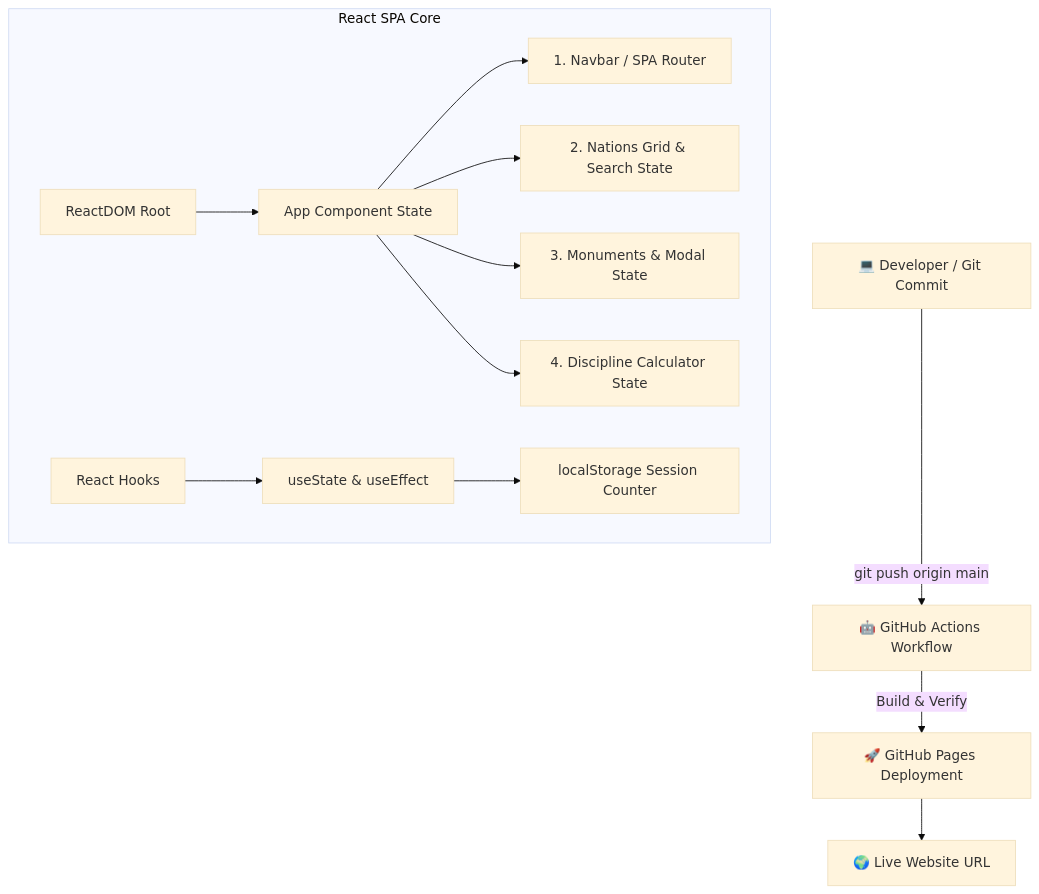
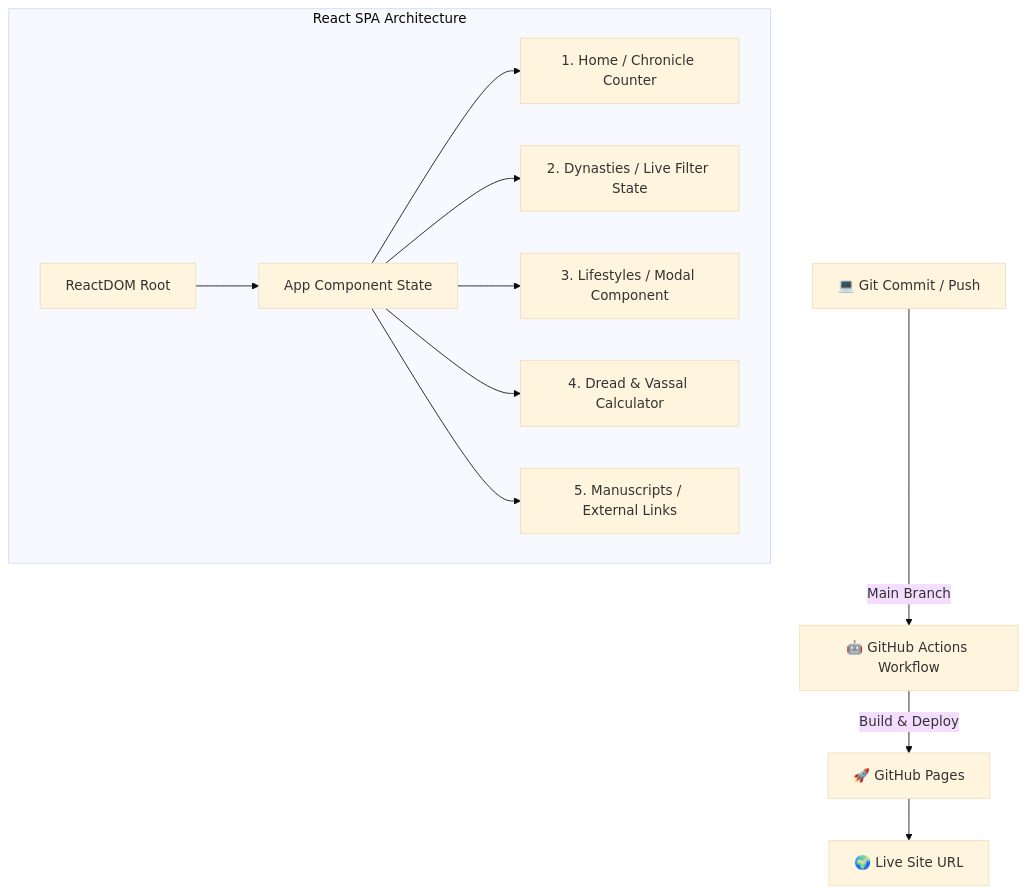
The diagram in README.md (Belka9823/eu4-indie-JS-), drawn with Mermaid (base theme) before and after one commit. The commit also changed other lines of this file and 4 other files, not shown here.

````diff
--- a/README.md
+++ b/README.md
@@ -65,17 +40,15 @@
 ```mermaid
 graph TD
-    A[💻 Developer / Git Commit] -->|git push origin main| B[🤖 GitHub Actions Workflow]
-    B -->|Build & Verify| C[🚀 GitHub Pages Deployment]
-    C --> D[🌍 Live Website URL]
+    A[💻 Git Commit / Push] -->|Main Branch| B[🤖 GitHub Actions Workflow]
+    B -->|Build & Deploy| C[🚀 GitHub Pages]
+    C --> D[🌍 Live Site URL]
 
-    subgraph React Architecture [React SPA Core]
+    subgraph React Core [React SPA Architecture]
         E[ReactDOM Root] --> F[App Component State]
-        F --> G[1. Navbar / SPA Router]
-        F --> H[2. Nations Grid & Search State]
-        F --> I[3. Monuments & Modal State]
-        F --> J[4. Discipline Calculator State]
-        
-        K[React Hooks] --> L[useState & useEffect]
-        L --> M[localStorage Session Counter]
+        F --> G[1. Home / Chronicle Counter]
+        F --> H[2. Dynasties / Live Filter State]
+        F --> I[3. Lifestyles / Modal Component]
+        F --> J[4. Dread & Vassal Calculator]
+        F --> K[5. Manuscripts / External Links]
     end
 ```
````
